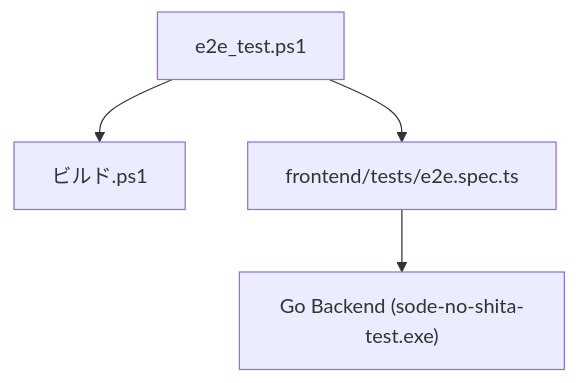
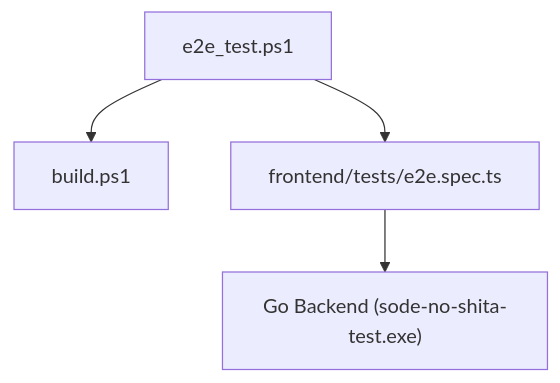
One commit to DovahkiinYuzuko/Sode-no-Shita changed the diagram in docs/variables'n'functions/[PowerShell]e2e_test.md. Above: the diagram before and after it, drawn with Mermaid. The commit also changed other lines of this file and 8 other files, not shown here.

````diff
--- a/docs/variables'n'functions/[PowerShell]e2e_test.md
+++ b/docs/variables'n'functions/[PowerShell]e2e_test.md
@@ -19,6 +19,6 @@
 ```mermaid
 graph TD
-    e2e_test_ps1["e2e_test.ps1"] --> build_ps1["ビルド.ps1"]
+    e2e_test_ps1["e2e_test.ps1"] --> build_ps1["build.ps1"]
     e2e_test_ps1 --> e2e_spec_ts["frontend/tests/e2e.spec.ts"]
     e2e_spec_ts --> go_backend["Go Backend (sode-no-shita-test.exe)"]
 ```
````
